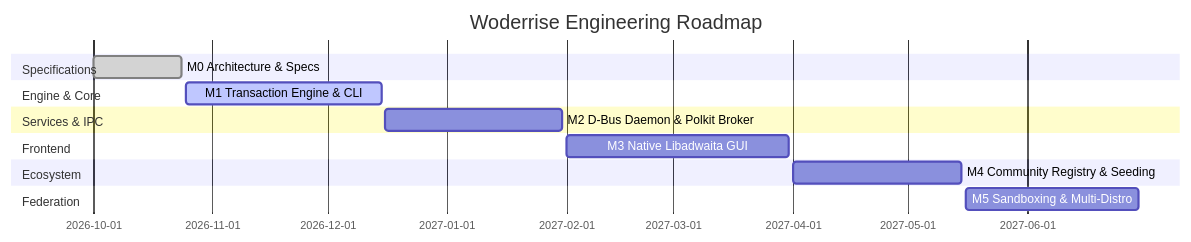
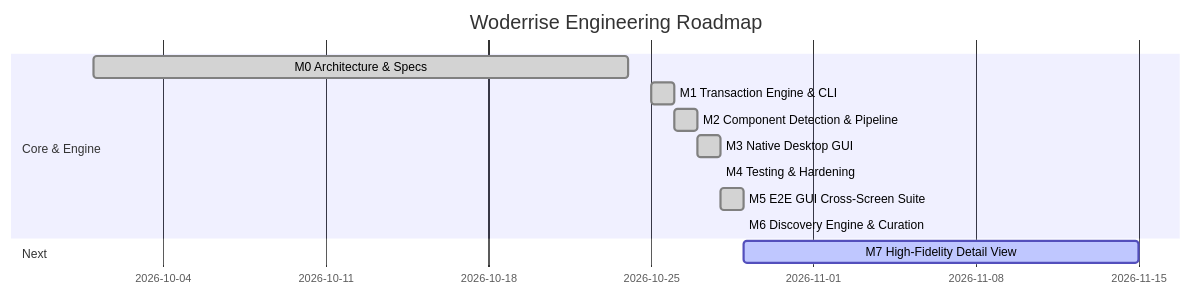
One commit to vijaygovindBiju/Woderrise changed the diagram in docs/ROADMAP.md. Above: the diagram before and after it, drawn with Mermaid. The commit also changed other lines of this file and 25 other files, not shown here.

Commit message:
feat(gui): implement Screen 2 high-fidelity detail view, tree widget, and cross-screen integration tests

````diff
--- a/docs/ROADMAP.md
+++ b/docs/ROADMAP.md
@@ -14,17 +14,15 @@
 ```mermaid
 gantt
     title Woderrise Engineering Roadmap
     dateFormat  YYYY-MM-DD
-    section Specifications
+    section Core & Engine
     M0 Architecture & Specs           :done, m0, 2026-10-01, 2026-10-24
-    section Engine & Core
-    M1 Transaction Engine & CLI       :active, m1, 2026-10-25, 2026-12-15
-    section Services & IPC
-    M2 D-Bus Daemon & Polkit Broker   :m2, 2026-12-16, 2027-01-31
-    section Frontend
-    M3 Native Libadwaita GUI          :m3, 2027-02-01, 2027-03-31
-    section Ecosystem
-    M4 Community Registry & Seeding   :m4, 2027-04-01, 2027-05-15
-    section Federation
-    M5 Sandboxing & Multi-Distro      :m5, 2027-05-16, 2027-06-30
+    M1 Transaction Engine & CLI       :done, m1, 2026-10-25, 2026-10-26
+    M2 Component Detection & Pipeline :done, m2, 2026-10-26, 2026-10-27
+    M3 Native Desktop GUI             :done, m3, 2026-10-27, 2026-10-28
+    M4 Testing & Hardening            :done, m4, 2026-10-28, 2026-10-28
+    M5 E2E GUI Cross-Screen Suite     :done, m5, 2026-10-28, 2026-10-29
+    M6 Discovery Engine & Curation    :done, m6, 2026-10-29, 2026-10-29
+    section Next
+    M7 High-Fidelity Detail View      :active, m7, 2026-10-29, 2026-11-15
 ```
````
